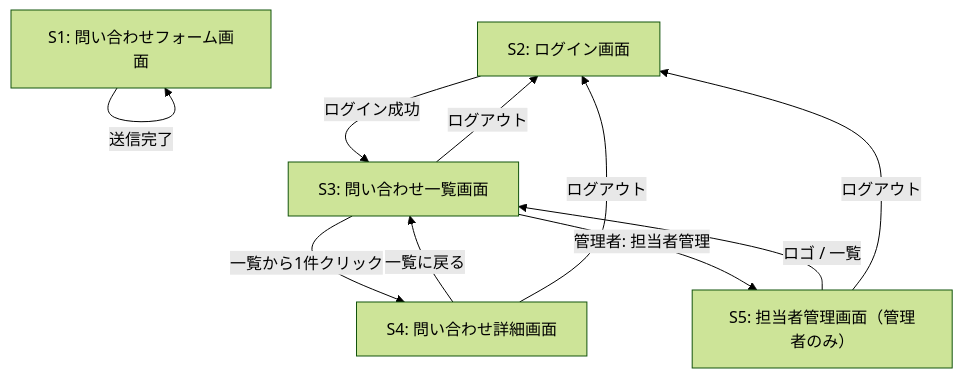
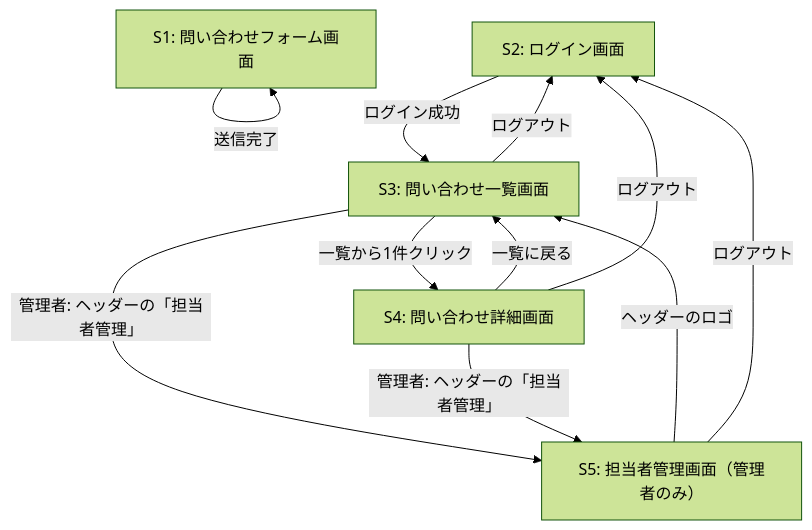
Before and after one commit to takahiromorikawa/InquiryManagement: the diagram in docs/screens.md, drawn with Mermaid (forest theme). The commit also changed 4 other files, not shown here.

````diff
--- a/docs/screens.md
+++ b/docs/screens.md
@@ -23,18 +23,19 @@
 ```mermaid
 flowchart TD
     S1[S1: 問い合わせフォーム画面]
     S2[S2: ログイン画面]
     S3[S3: 問い合わせ一覧画面]
     S4[S4: 問い合わせ詳細画面]
     S5[S5: 担当者管理画面（管理者のみ）]
 
     S1 -->|送信完了| S1
     S2 -->|ログイン成功| S3
     S3 -->|一覧から1件クリック| S4
     S4 -->|一覧に戻る| S3
-    S3 -->|管理者: 担当者管理| S5
-    S5 -->|ロゴ / 一覧| S3
+    S3 -->|管理者: ヘッダーの「担当者管理」| S5
+    S4 -->|管理者: ヘッダーの「担当者管理」| S5
+    S5 -->|ヘッダーのロゴ| S3
     S3 -->|ログアウト| S2
     S4 -->|ログアウト| S2
     S5 -->|ログアウト| S2
 ```
````
